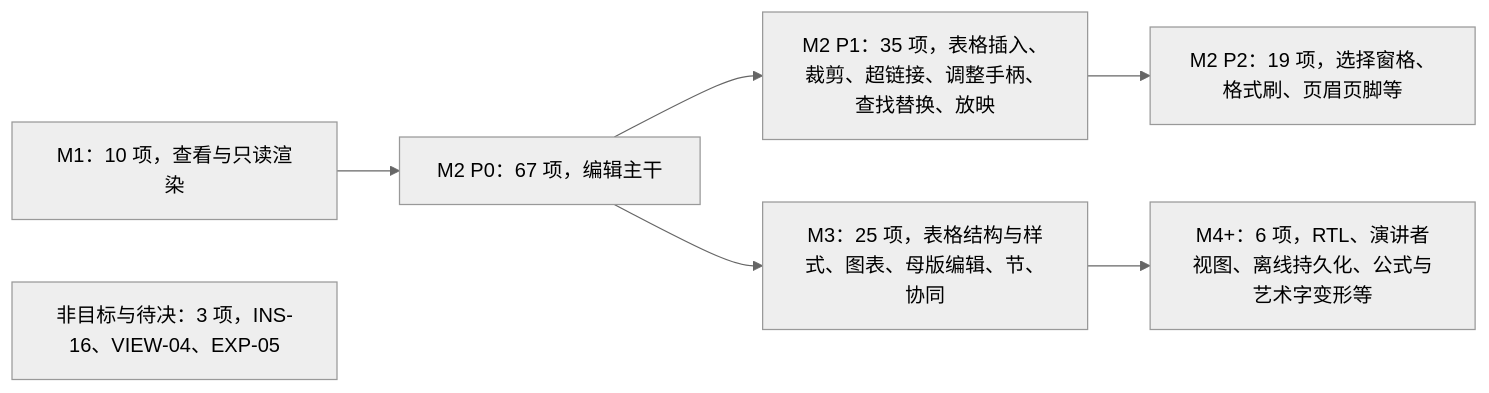
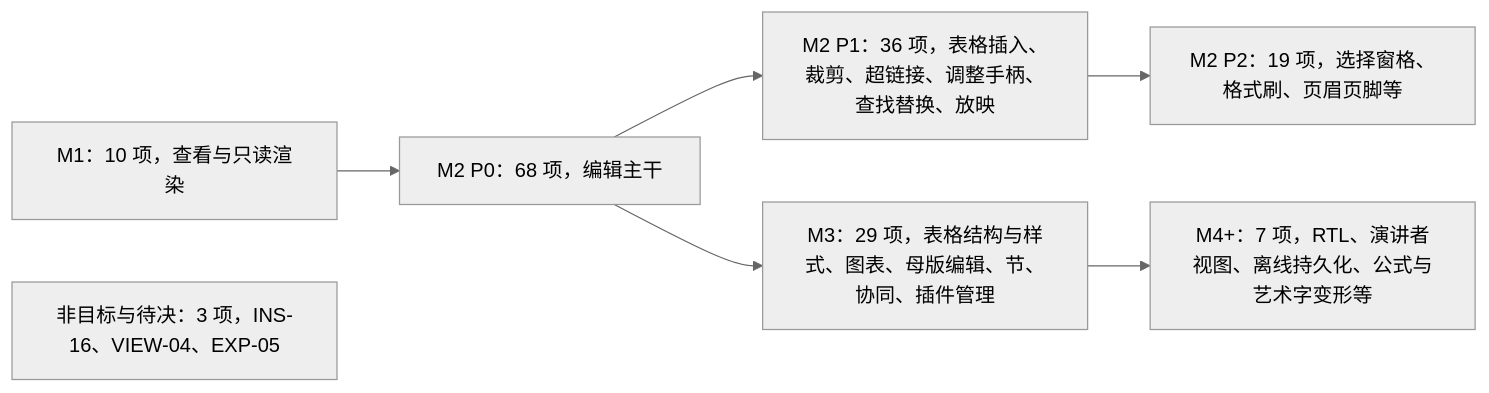
One commit to Xeonice/cordis-ppt-editor changed diagram 35 of 35 in docs/50-frontend/18-editor-capabilities.md. Above: the diagram before and after it, drawn with Mermaid (neutral theme). The commit also changed other lines of this file and 19 other files, not shown here.

````diff
--- a/docs/50-frontend/18-editor-capabilities.md
+++ b/docs/50-frontend/18-editor-capabilities.md
@@ -1477,9 +1515,9 @@
 ```mermaid
 flowchart LR
-  m1["M1：10 项，查看与只读渲染"] --> m2a["M2 P0：67 项，编辑主干"]
-  m2a --> m2b["M2 P1：35 项，表格插入、裁剪、超链接、调整手柄、查找替换、放映"]
+  m1["M1：10 项，查看与只读渲染"] --> m2a["M2 P0：68 项，编辑主干"]
+  m2a --> m2b["M2 P1：36 项，表格插入、裁剪、超链接、调整手柄、查找替换、放映"]
   m2b --> m2c["M2 P2：19 项，选择窗格、格式刷、页眉页脚等"]
-  m2a --> m3["M3：25 项，表格结构与样式、图表、母版编辑、节、协同"]
-  m3 --> m4["M4+：6 项，RTL、演讲者视图、离线持久化、公式与艺术字变形等"]
+  m2a --> m3["M3：29 项，表格结构与样式、图表、母版编辑、节、协同、插件管理"]
+  m3 --> m4["M4+：7 项，RTL、演讲者视图、离线持久化、公式与艺术字变形等"]
   other["非目标与待决：3 项，INS-16、VIEW-04、EXP-05"]
 ```
````
